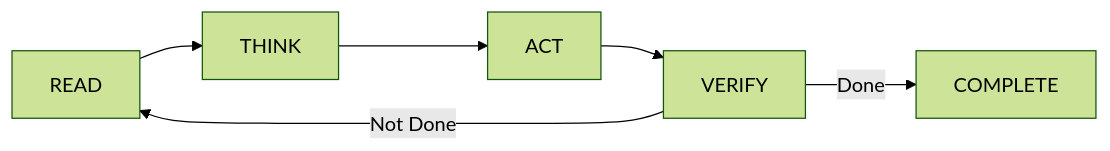
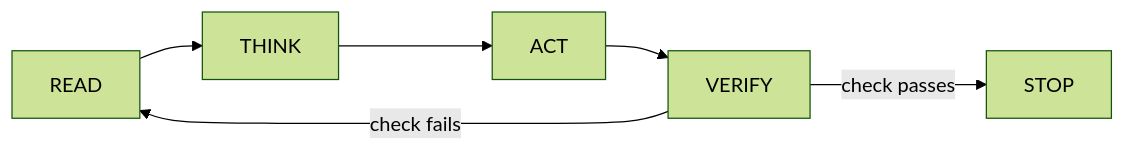
Before and after one commit to ShipWithAI/claude-code-mastery: the diagram in src/content/docs/en/claude-code/phase-07-multi-agent-auto/04-agentic-loops.md, drawn with Mermaid (forest theme). The commit also changed other lines of this file and 10 other files, not shown here.

````diff
--- a/src/content/docs/en/claude-code/phase-07-multi-agent-auto/04-agentic-loops.md
+++ b/src/content/docs/en/claude-code/phase-07-multi-agent-auto/04-agentic-loops.md
@@ -30,8 +34,8 @@
 ```mermaid
 graph LR
     A[READ] --> B[THINK]
     B --> C[ACT]
     C --> D[VERIFY]
-    D -->|Not Done| A
-    D -->|Done| E[COMPLETE]
+    D -->|check fails| A
+    D -->|check passes| E[STOP]
 ```
````
